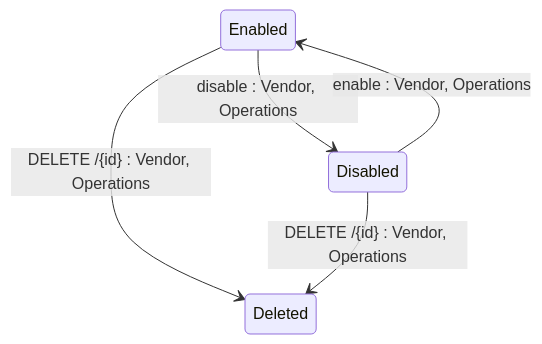
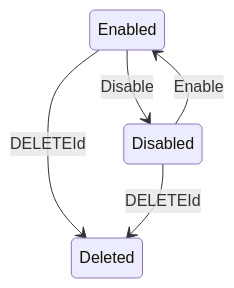
Before and after one commit to mikhailtchesnokov/gitbook: the diagram in developer-resources/rest-api/notifications-api/webhook/state-diagram.md, drawn with Mermaid. The commit also changed 151 other files, not shown here.

````diff
--- a/developer-resources/rest-api/notifications-api/webhook/state-diagram.md
+++ b/developer-resources/rest-api/notifications-api/webhook/state-diagram.md
@@ -13,7 +13,7 @@
 ```mermaid
 stateDiagram-v2
-    Enabled --> Disabled : disable : Vendor, Operations
-    Disabled --> Enabled : enable : Vendor, Operations
-    Enabled --> Deleted : DELETE /{id} : Vendor, Operations
-    Disabled --> Deleted : DELETE /{id} : Vendor, Operations
+    Enabled --> Disabled : Disable
+    Disabled --> Enabled : Enable
+    Enabled --> Deleted : DELETEId
+    Disabled --> Deleted : DELETEId
 ```
````
